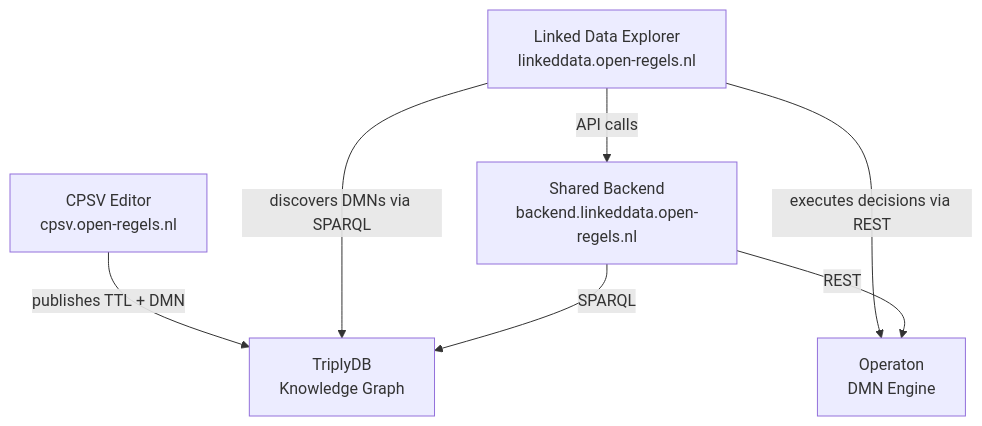
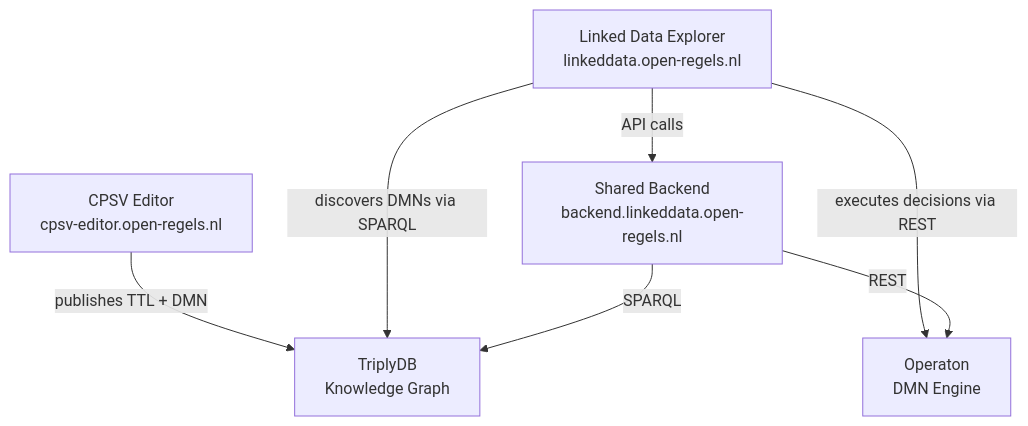
Before and after one commit to sgort/iou-architectuur: the diagram in docs/en/linked-data-explorer/index.md, drawn with Mermaid. The commit also changed other lines of this file and 60 other files, not shown here.

````diff
--- a/docs/en/linked-data-explorer/index.md
+++ b/docs/en/linked-data-explorer/index.md
@@ -42,15 +44,15 @@
 ```mermaid
 graph TB
-    CPSV[CPSV Editor<br/>cpsv.open-regels.nl]
+    CPSV[CPSV Editor<br/>cpsv-editor.open-regels.nl]
     LDE[Linked Data Explorer<br/>linkeddata.open-regels.nl]
     BACKEND[Shared Backend<br/>backend.linkeddata.open-regels.nl]
     TRIPLY[TriplyDB<br/>Knowledge Graph]
     OPERATON[Operaton<br/>DMN Engine]
 
     CPSV -->|publishes TTL + DMN| TRIPLY
     LDE -->|discovers DMNs via SPARQL| TRIPLY
     LDE -->|executes decisions via REST| OPERATON
     LDE -->|API calls| BACKEND
     BACKEND -->|SPARQL| TRIPLY
     BACKEND -->|REST| OPERATON
 ```
````
